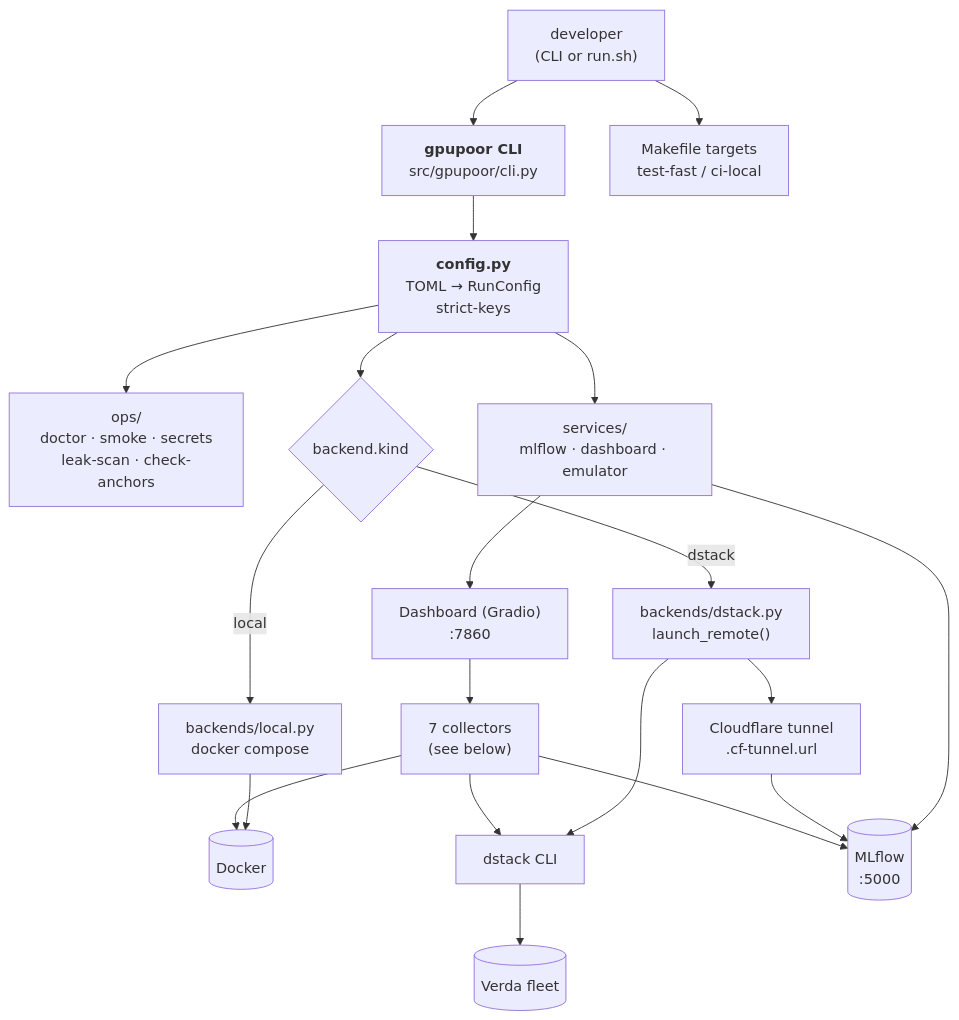
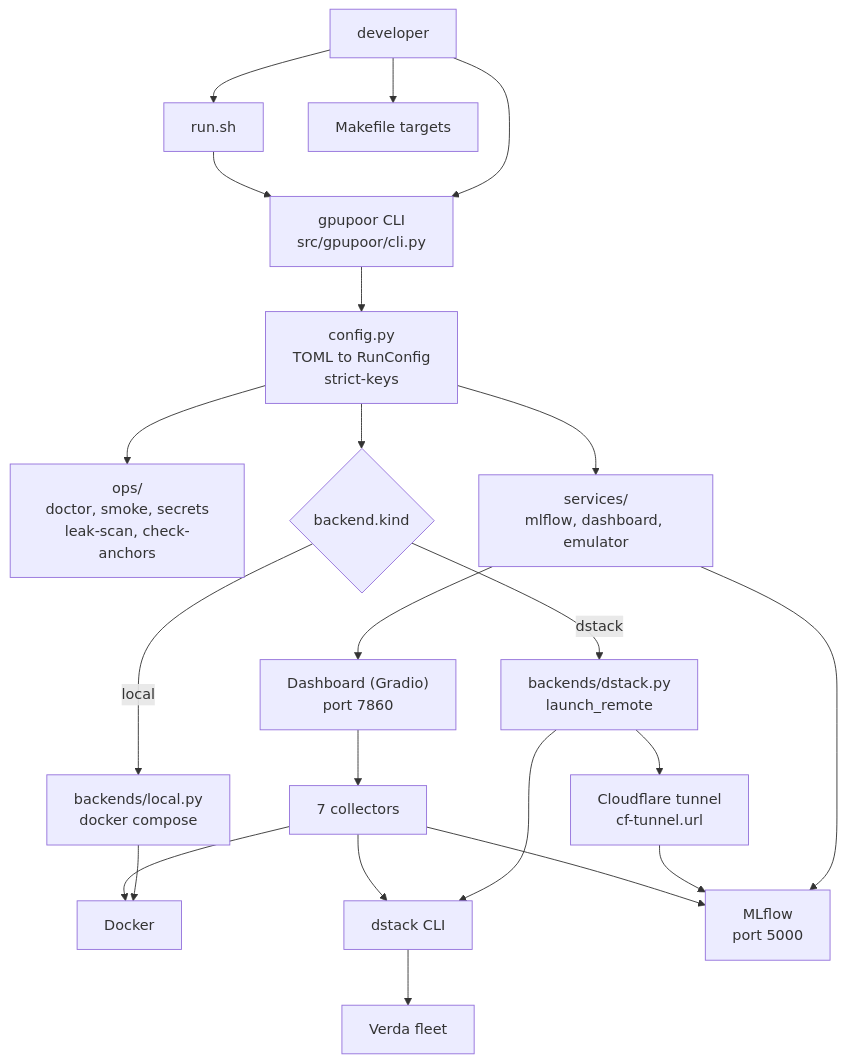
The first of 4 diagrams in README.md (ml-maple-monk/gpu-poor-training-pipeline), drawn with Mermaid before and after one commit. The commit also changed other lines of this file, not shown here.

First line of the commit message:
docs: fix Mermaid + lead with preemptible GPU

````diff
--- a/README.md
+++ b/README.md
@@ -74,27 +97,30 @@
 ```mermaid
-graph TD
-    DEV["developer<br/>(CLI or run.sh)"] --> CLI["<b>gpupoor CLI</b><br/>src/gpupoor/cli.py"]
-    DEV --> MAKE["Makefile targets<br/>test-fast / ci-local"]
-    CLI --> CFG["<b>config.py</b><br/>TOML → RunConfig<br/>strict-keys"]
+flowchart TD
+    DEV["developer"] --> CLI["gpupoor CLI<br/>src/gpupoor/cli.py"]
+    DEV --> RUN["run.sh"]
+    DEV --> MAKE["Makefile targets"]
+    RUN --> CLI
 
-    CFG --> OPS["ops/<br/>doctor · smoke · secrets<br/>leak-scan · check-anchors"]
-    CFG --> BACKEND{backend.kind}
-    CFG --> SERVICES["services/<br/>mlflow · dashboard · emulator"]
+    CLI --> CFG["config.py<br/>TOML to RunConfig<br/>strict-keys"]
 
-    BACKEND -->|local| LOCAL["backends/local.py<br/>docker compose"]
-    BACKEND -->|dstack| DSTACK["backends/dstack.py<br/>launch_remote()"]
+    CFG --> OPS["ops/<br/>doctor, smoke, secrets<br/>leak-scan, check-anchors"]
+    CFG --> BACKEND{"backend.kind"}
+    CFG --> SERVICES["services/<br/>mlflow, dashboard, emulator"]
 
-    LOCAL --> DOCKER[(Docker)]
-    DSTACK --> DCLI[dstack CLI]
-    DSTACK --> TUNNEL["Cloudflare tunnel<br/>.cf-tunnel.url"]
-    DCLI --> VERDA[(Verda fleet)]
+    BACKEND -- local --> LOCAL["backends/local.py<br/>docker compose"]
+    BACKEND -- dstack --> DSTACK["backends/dstack.py<br/>launch_remote"]
 
-    SERVICES --> MLFLOW[("MLflow<br/>:5000")]
-    SERVICES --> DASH["Dashboard (Gradio)<br/>:7860"]
+    LOCAL --> DOCKER["Docker"]
+    DSTACK --> DCLI["dstack CLI"]
+    DSTACK --> TUNNEL["Cloudflare tunnel<br/>cf-tunnel.url"]
+    DCLI --> VERDA["Verda fleet"]
+
+    SERVICES --> MLFLOW["MLflow<br/>port 5000"]
+    SERVICES --> DASH["Dashboard (Gradio)<br/>port 7860"]
     TUNNEL --> MLFLOW
 
-    DASH --> COLLECTORS["7 collectors<br/>(see below)"]
+    DASH --> COLLECTORS["7 collectors"]
     COLLECTORS --> MLFLOW
     COLLECTORS --> DCLI
     COLLECTORS --> DOCKER
 ```
````
